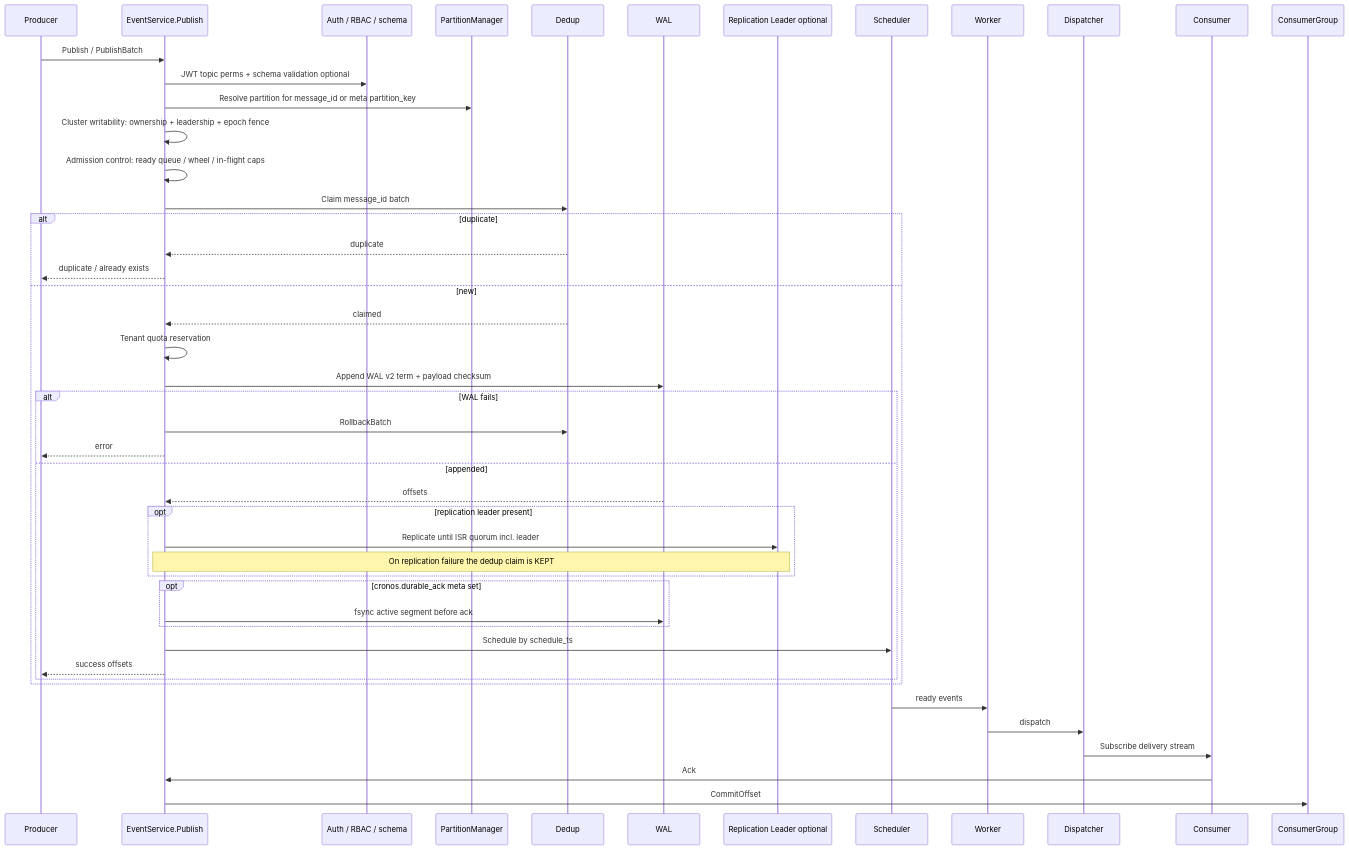
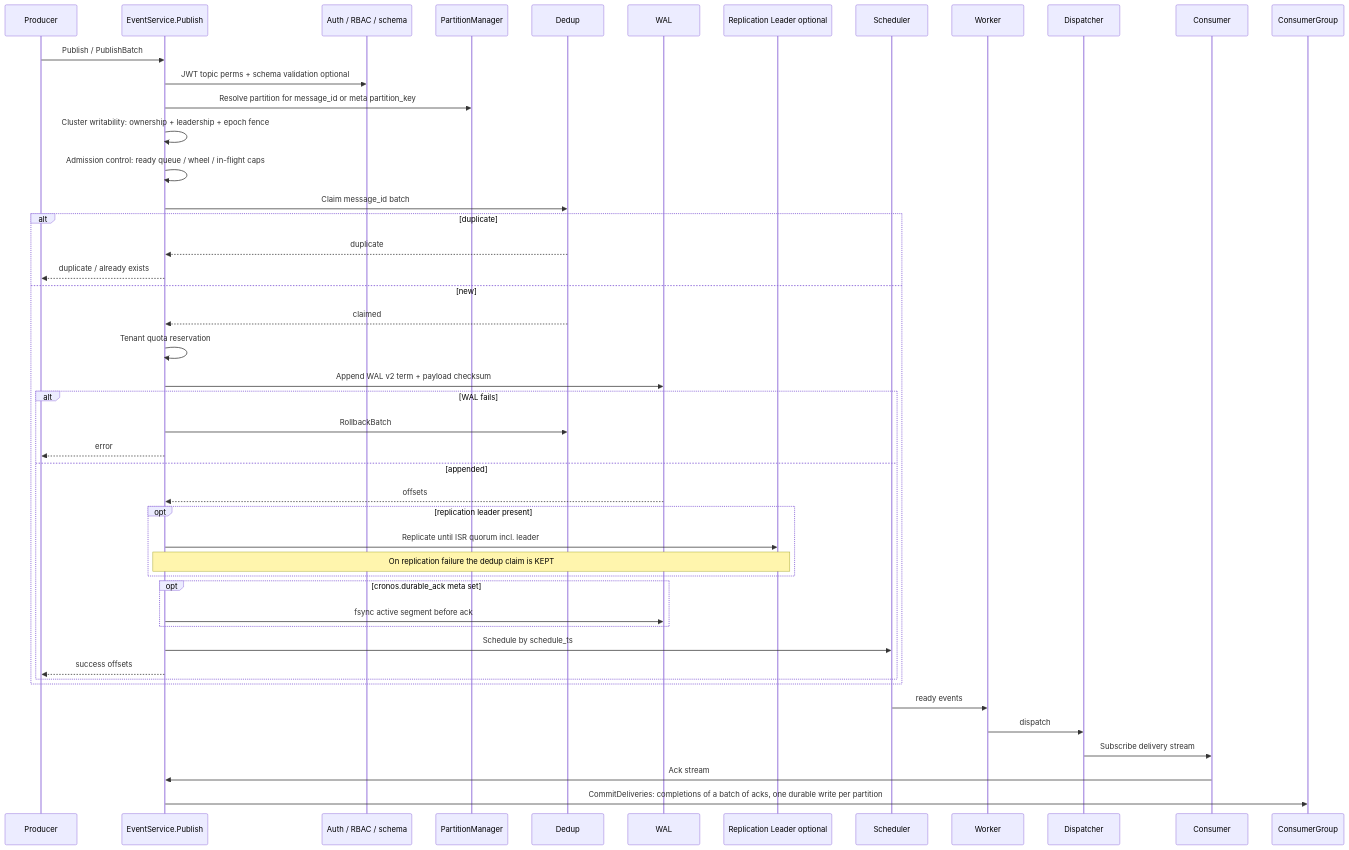
The diagram in docs/architecture/features/api.md (jatin711-debug/cronos_db_golang), drawn with Mermaid before and after one commit. The commit also changed other lines of this file and 31 other files, not shown here.

````diff
--- a/docs/architecture/features/api.md
+++ b/docs/architecture/features/api.md
@@ -72,51 +75,51 @@
 ```mermaid
 sequenceDiagram
     participant Producer
     participant API as EventService.Publish
     participant Auth as Auth / RBAC / schema
     participant PM as PartitionManager
     participant Dedup
     participant WAL
     participant Repl as Replication Leader optional
     participant Scheduler
     participant Worker
     participant Dispatcher
     participant Consumer
     participant Group as ConsumerGroup
 
     Producer->>API: Publish / PublishBatch
     API->>Auth: JWT topic perms + schema validation optional
     API->>PM: Resolve partition for message_id or meta partition_key
     API->>API: Cluster writability: ownership + leadership + epoch fence
     API->>API: Admission control: ready queue / wheel / in-flight caps
     API->>Dedup: Claim message_id batch
     alt duplicate
       Dedup-->>API: duplicate
       API-->>Producer: duplicate / already exists
     else new
       Dedup-->>API: claimed
       API->>API: Tenant quota reservation
       API->>WAL: Append WAL v2 term + payload checksum
       alt WAL fails
         API->>Dedup: RollbackBatch
         API-->>Producer: error
       else appended
         WAL-->>API: offsets
         opt replication leader present
           API->>Repl: Replicate until ISR quorum incl. leader
           Note over API,Repl: On replication failure the dedup claim is KEPT
         end
         opt cronos.durable_ack meta set
           API->>WAL: fsync active segment before ack
         end
         API->>Scheduler: Schedule by schedule_ts
         API-->>Producer: success offsets
       end
     end
 
     Scheduler->>Worker: ready events
     Worker->>Dispatcher: dispatch
     Dispatcher->>Consumer: Subscribe delivery stream
-    Consumer->>API: Ack
-    API->>Group: CommitOffset
+    Consumer->>API: Ack stream
+    API->>Group: CommitDeliveries: completions of a batch of acks, one durable write per partition
 ```
````
